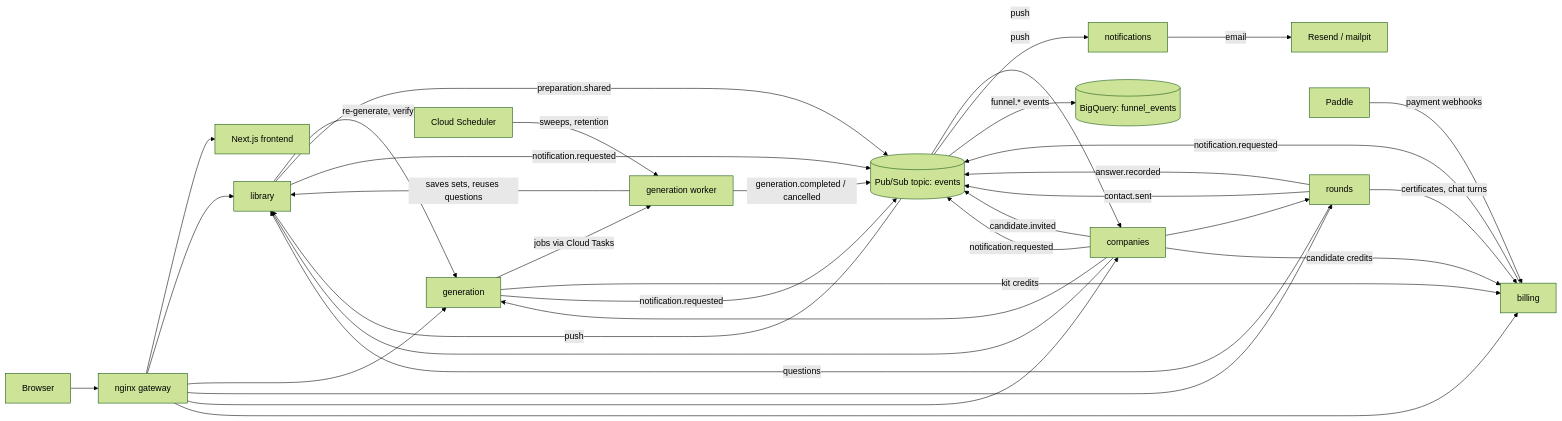
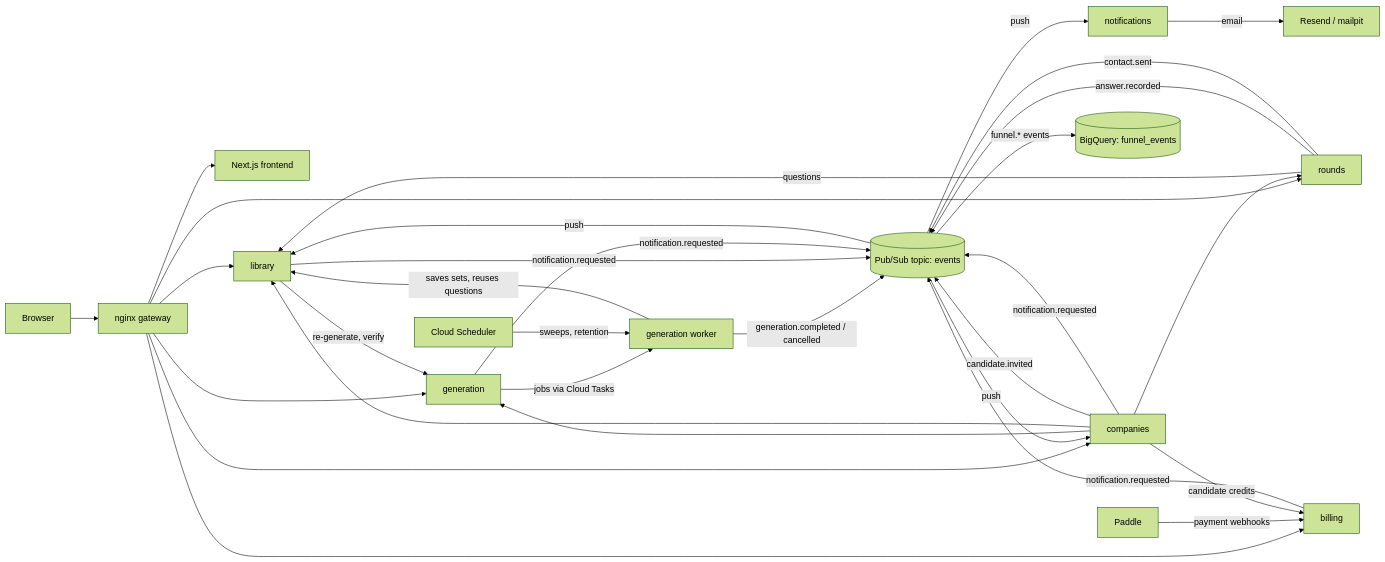
The diagram in README.md (Vilsky-Viktor/ai-interview-prep-platform), drawn with Mermaid (forest theme) before and after one commit. The commit also changed other lines of this file and 5423 other files, not shown here.

````diff
--- a/README.md
+++ b/README.md
@@ -61,34 +59,31 @@
 ```mermaid
 flowchart LR
     browser[Browser] --> gateway[nginx gateway]
     gateway --> frontend[Next.js frontend]
     gateway --> library
     gateway --> generation
     gateway --> rounds
     gateway --> companies
     gateway --> billing
     paddle[Paddle] -- payment webhooks --> billing
 
     generation -- jobs via Cloud Tasks --> worker[generation worker]
     scheduler[Cloud Scheduler] -- sweeps, retention --> worker
     worker -- saves sets, reuses questions --> library
     library -- re-generate, verify --> generation
     rounds -- questions --> library
     companies --> generation
     companies --> library
     companies --> rounds
     companies -- candidate credits --> billing
-    generation -- kit credits --> billing
-    rounds -- certificates, chat turns --> billing
 
     rounds -- answer.recorded --> pubsub[(Pub/Sub topic: events)]
     worker -- generation.completed / cancelled --> pubsub
-    library -- preparation.shared --> pubsub
     companies -- candidate.invited --> pubsub
     rounds -- contact.sent --> pubsub
     library & generation & companies & billing -- notification.requested --> pubsub
     pubsub -- push --> library
     pubsub -- push --> companies
     pubsub -- push --> notifications -- email --> smtp[Resend / mailpit]
     pubsub -- funnel.* events --> bigquery[(BigQuery: funnel_events)]
 ```
````
